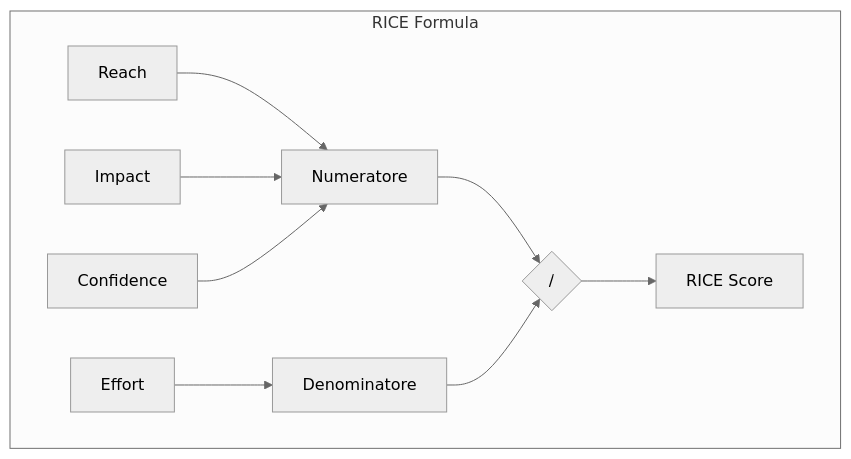
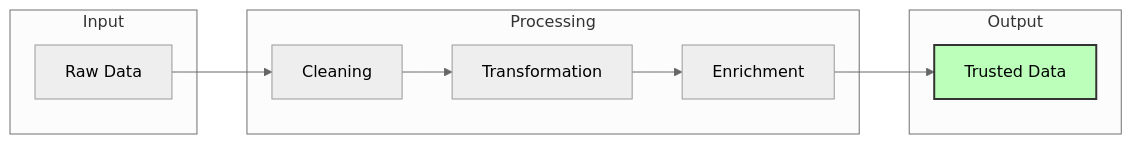
Before and after one commit to AndreyBertasini/gynnitech: the second of 2 diagrams in src/content/corso/analisi-prodotto/prioritizzazione-feature.mdx, drawn with Mermaid (neutral theme). The commit also changed other lines of this file and 169 other files, not shown here.

````diff
--- a/src/content/corso/analisi-prodotto/prioritizzazione-feature.mdx
+++ b/src/content/corso/analisi-prodotto/prioritizzazione-feature.mdx
@@ -85,12 +85,16 @@
 ```mermaid
-graph TD
-    subgraph RICE Formula
-    R[Reach] --> Num[Numeratore]
-    I[Impact] --> Num
-    C[Confidence] --> Num
-    E[Effort] --> Den[Denominatore]
-    Num --> Div{/}
-    Den --> Div
-    Div --> Score[RICE Score]
+flowchart LR
+    subgraph Input
+    A[Raw Data]
     end
+    subgraph Processing
+    B[Cleaning] --> C[Transformation]
+    C --> D[Enrichment]
+    end
+    subgraph Output
+    E[Trusted Data]
+    end
+    A --> B
+    D --> E
+    style E fill:#bfb,stroke:#333,stroke-width:2px
 ```
````
